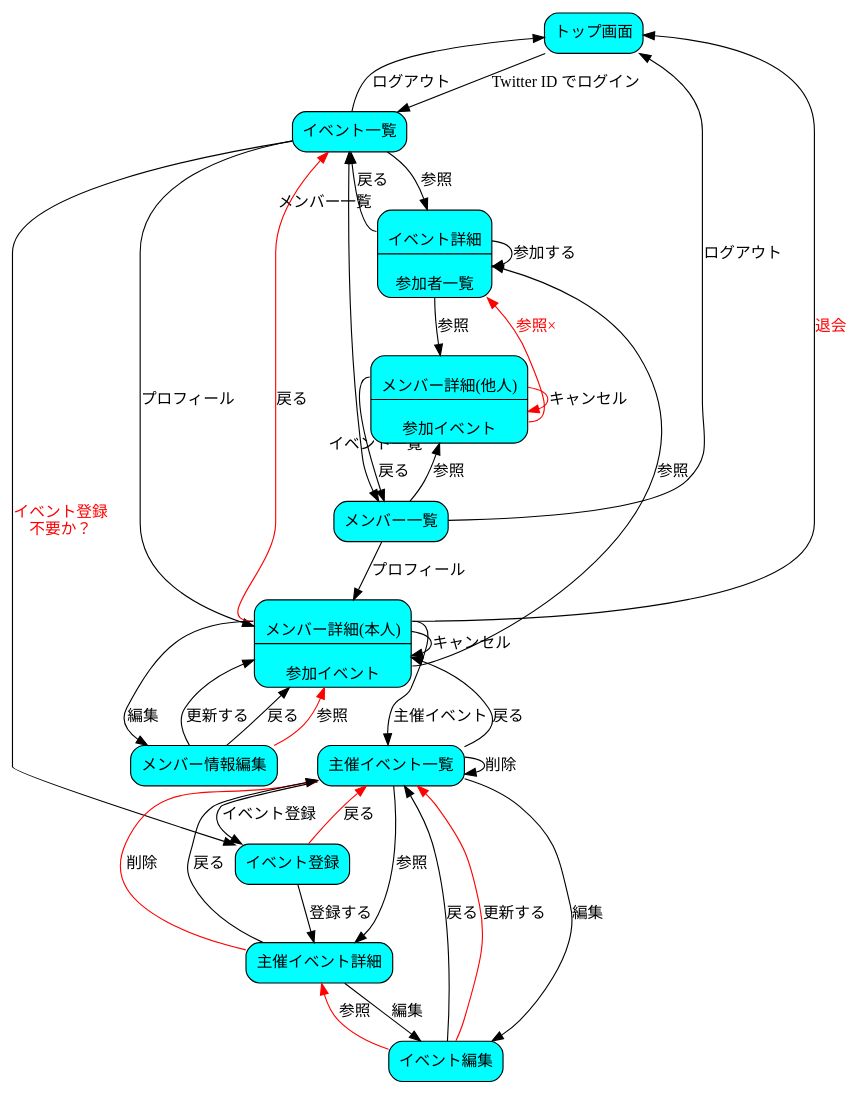
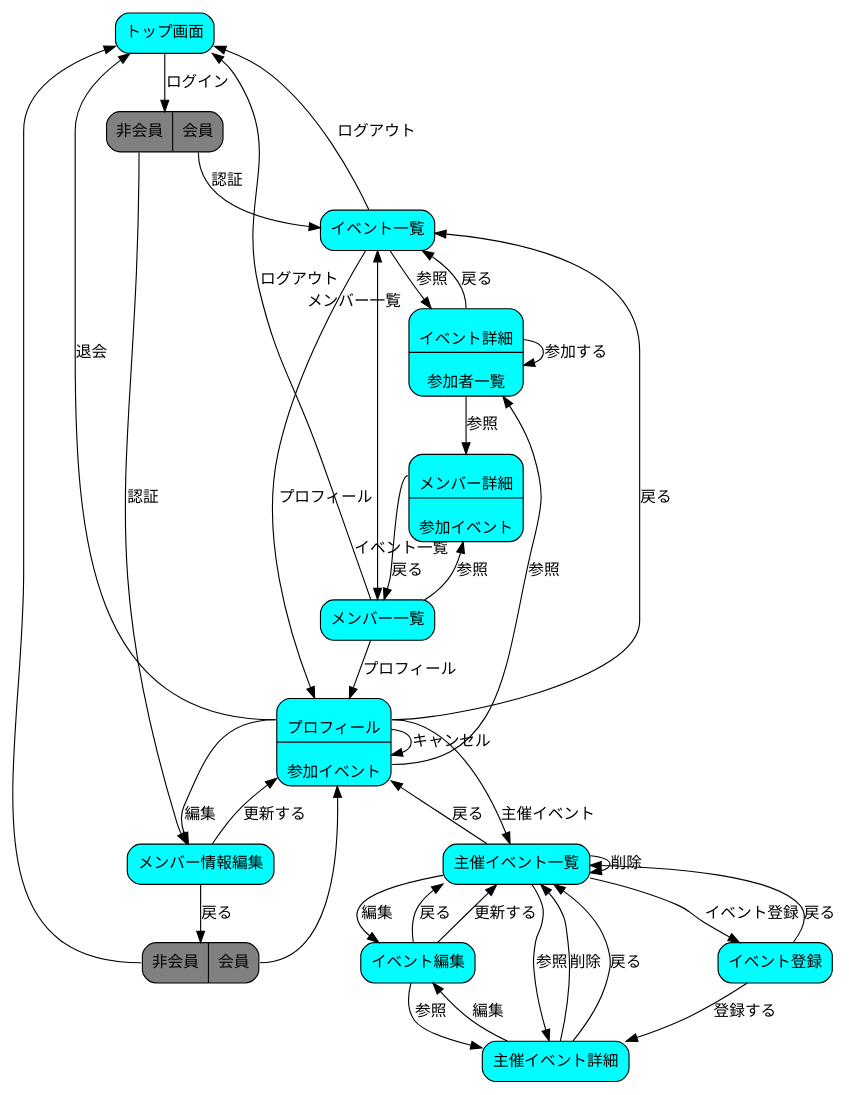
Before and after one commit to koko-u/minamirbist: the diagram in doc/transition.dot, drawn with Graphviz. The commit also changed 12 other files, not shown here.

```diff
--- a/doc/transition.dot
+++ b/doc/transition.dot
@@ -1,75 +1,78 @@
 digraph 画面遷移 {
   graph [
     fontname = "Takaoゴシック"
   ];
   node [
     fontname = "Takaoゴシック"
     shape = Mrecord
     style = filled
   ];
   edge [
     fontname = "Takaoゴシック"
   ];
   top [ label = "トップ画面" fillcolor = "cyan" ];
-  top -> events [ label = "Twitter ID でログイン" ];
+  branch [ label = "<p_a>非会員|<p_b>会員" fillcolor = "gray" ];
+  top -> branch [ label = "ログイン" ];
+  branch:p_b -> events [ label = "認証" ];
+  branch:p_a -> edit_member [ label = "認証" ];
 
   events  [ label = "イベント一覧" fillcolor = "cyan" ];
   events -> members [ dir = both
                       headlabel = "イベント一覧" taillabel = "メンバー一覧"
                       labeldistance = 5 ];
-  events -> new_event [ label = "イベント登録\n不要か？" fontcolor = "red" ];
-  events -> show_member_profile [ label = "プロフィール" ];
+  events -> show_profile [ label = "プロフィール" ];
   events -> top [ label = "ログアウト" ];
   events -> show_event [ label = "参照" ];
 
   members [ label = "メンバー一覧"  fillcolor = "cyan" ];
-  members -> show_member_profile [ label = "プロフィール" ];
+  members -> show_profile [ label = "プロフィール" ];
   members -> top [ label = "ログアウト" ];
   members -> show_member [ label = "参照" ];
 
-  show_member [ label = "{<p_m>\nメンバー詳細(他人)\n|<p_e>\n参加イベント\n}" fillcolor = "cyan"];
+  show_member [ label = "{<p_m>\nメンバー詳細\n|<p_e>\n参加イベント\n}" fillcolor = "cyan"];
   show_member:p_m -> members [ label = "戻る" ];
-  show_member:p_e -> show_event [ label = "参照×" color = "red" fontcolor = "red" ];
-  show_member -> show_member [ label = "キャンセル" color = "red" ];
 
-  show_member_profile [ label = "{<p_m>\nメンバー詳細(本人)\n|<p_e>\n参加イベント\n}"
+  show_profile [ label = "{<p_m>\nプロフィール\n|<p_e>\n参加イベント\n}"
                         fillcolor = "cyan" ];
-  show_member_profile:p_m -> events [ label = "戻る" color = "red" ];
-  show_member_profile:p_m -> edit_member [ label = "編集" ];
-  show_member_profile:p_m -> events_member [ label = "主催イベント" ];
-  show_member_profile:p_m -> top [ label = "退会" fontcolor = "red" ];
-  show_member_profile:p_e -> show_event [ label = "参照" ];
-  show_member_profile -> show_member_profile [ label = "キャンセル" ];
+  show_profile:p_m -> events [ label = "戻る" ];
+  show_profile:p_m -> edit_member [ label = "編集" ];
+  show_profile:p_m -> events_member [ label = "主催イベント" ];
+  show_profile:p_m -> top [ label = "退会" ];
+  show_profile:p_e -> show_event [ label = "参照" ];
+  show_profile -> show_profile [ label = "キャンセル" ];
 
   edit_member [ label = "メンバー情報編集" fillcolor = "cyan" ];
-  edit_member -> show_member_profile [ label = "更新する" ];
-  edit_member -> show_member_profile [ label = "戻る" ];
-  edit_member -> show_member_profile [ label = "参照" color = "red" ];
+  edit_branch [ label = "<p_a>非会員|<p_b>会員" fillcolor = "gray" ];
+  edit_member -> show_profile [ label = "更新する" ];
+  edit_member -> edit_branch [ label = "戻る" ];
+  edit_branch:p_a -> top
+  edit_branch:p_b -> show_profile
+
 
   events_member [ label = "主催イベント一覧" fillcolor = "cyan" ];
   events_member -> new_event [ label = "イベント登録" ];
-  events_member -> show_member_profile [ label = "戻る" ];
+  events_member -> show_profile [ label = "戻る" ];
   events_member -> for_organizer_event [ label = "参照" ];
   events_member -> edit_event [ label = "編集" ];
   events_member -> events_member [ label = "削除" ];
 
   show_event [ label = "{<p_e>\nイベント詳細\n|<p_m>\n参加者一覧\n}" fillcolor = "cyan" ];
   show_event:p_e -> events [ label = "戻る" ];
   show_event -> show_event [ label = "参加する" ];
   show_event:p_m -> show_member [ label = "参照" ];
 
   for_organizer_event [ label = "主催イベント詳細" fillcolor = "cyan" ];
   for_organizer_event -> edit_event [ label = "編集" ];
-  for_organizer_event -> events_member [ label = "削除" color = "red" ];
+  for_organizer_event -> events_member [ label = "削除" ];
   for_organizer_event -> events_member [ label = "戻る" ];
 
   edit_event [ label = "イベント編集" fillcolor = "cyan" ];
-  edit_event -> for_organizer_event [ label = "参照" color = "red" ];
+  edit_event -> for_organizer_event [ label = "参照" ];
   edit_event -> events_member [ label = "戻る" ];
-  edit_event -> events_member [ label = "更新する" color = "red" ];
+  edit_event -> events_member [ label = "更新する" ];
 
   new_event [ label = "イベント登録" fillcolor = "cyan" ];
   new_event -> for_organizer_event [ label = "登録する" ];
-  new_event -> events_member [ label = "戻る" color = "red" ];
+  new_event -> events_member [ label = "戻る" ];
 
 }
```
